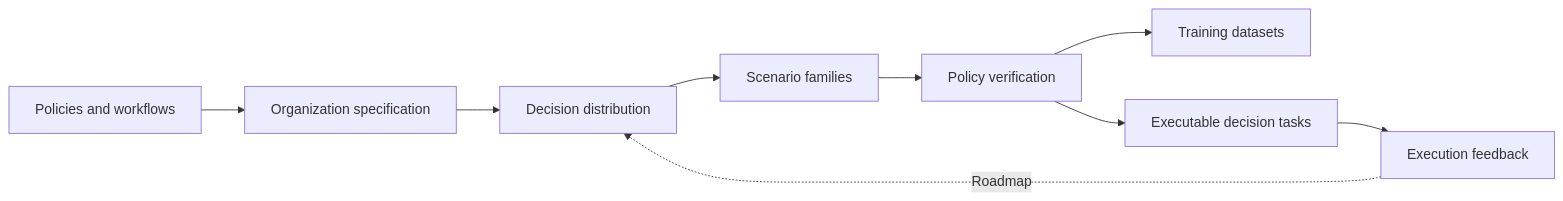
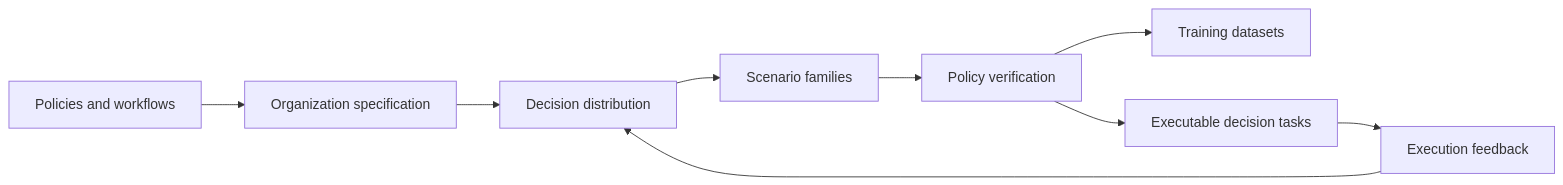
Before and after one commit to Juneo-Lab/decision-forge: the diagram in README.md, drawn with Mermaid. The commit also changed other lines of this file and 62 other files, not shown here.

````diff
--- a/README.md
+++ b/README.md
@@ -13,11 +14,11 @@
 ```mermaid
 flowchart LR
     A[Policies and workflows] --> B[Organization specification]
     B --> C[Decision distribution]
     C --> D[Scenario families]
     D --> E[Policy verification]
     E --> F[Training datasets]
     E --> G[Executable decision tasks]
     G --> H[Execution feedback]
-    H -. Roadmap .-> C
+    H --> C
 ```
````
